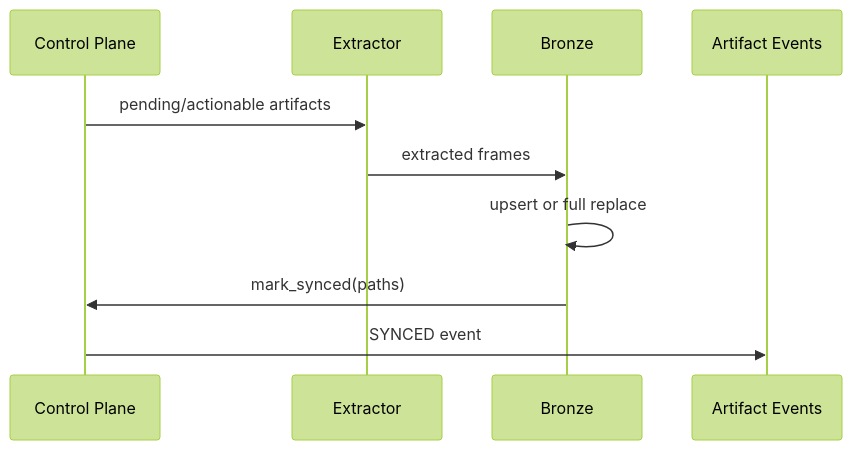
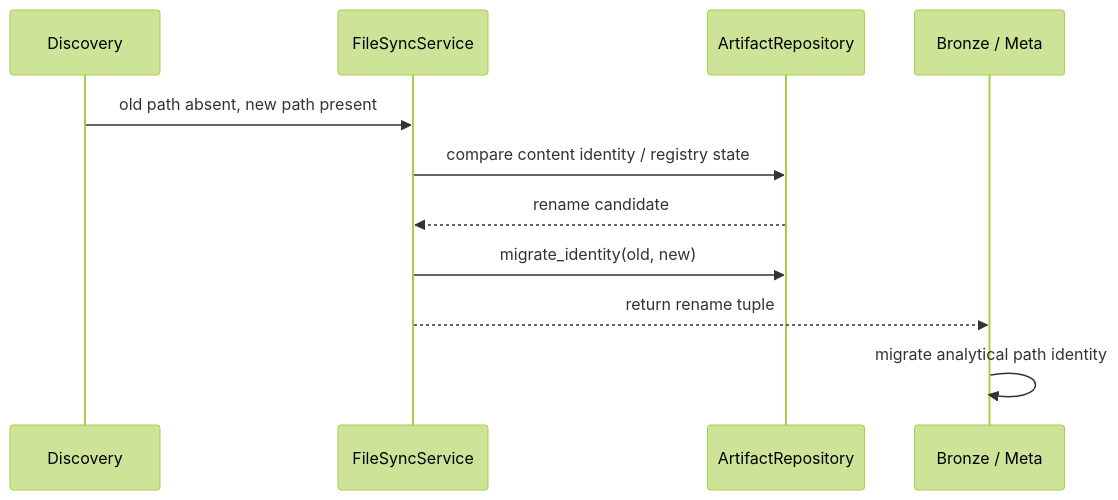
One commit to tks18/personal-finance-etl changed the fourth of 6 diagrams in docs/architecture/control-plane-artifact-lifecycle.md. Above: the diagram before and after it, drawn with Mermaid (forest theme). The commit also changed other lines of this file and 10 other files, not shown here.

Commit message:
docs: update docs/architecture for latest version

````diff
--- a/docs/architecture/control-plane-artifact-lifecycle.md
+++ b/docs/architecture/control-plane-artifact-lifecycle.md
@@ -247,13 +217,14 @@
 ```mermaid
 sequenceDiagram
-    participant CP as Control Plane
-    participant EX as Extractor
-    participant B as Bronze
-    participant E as Artifact Events
+    participant D as Discovery
+    participant S as FileSyncService
+    participant R as ArtifactRepository
+    participant B as Bronze / Meta
 
-    CP->>EX: pending/actionable artifacts
-    EX->>B: extracted frames
-    B->>B: upsert or full replace
-    B->>CP: mark_synced(paths)
-    CP->>E: SYNCED event
+    D->>S: old path absent, new path present
+    S->>R: compare content identity / registry state
+    R-->>S: rename candidate
+    S->>R: migrate_identity(old, new)
+    S-->>B: return rename tuple
+    B->>B: migrate analytical path identity
 ```
````
